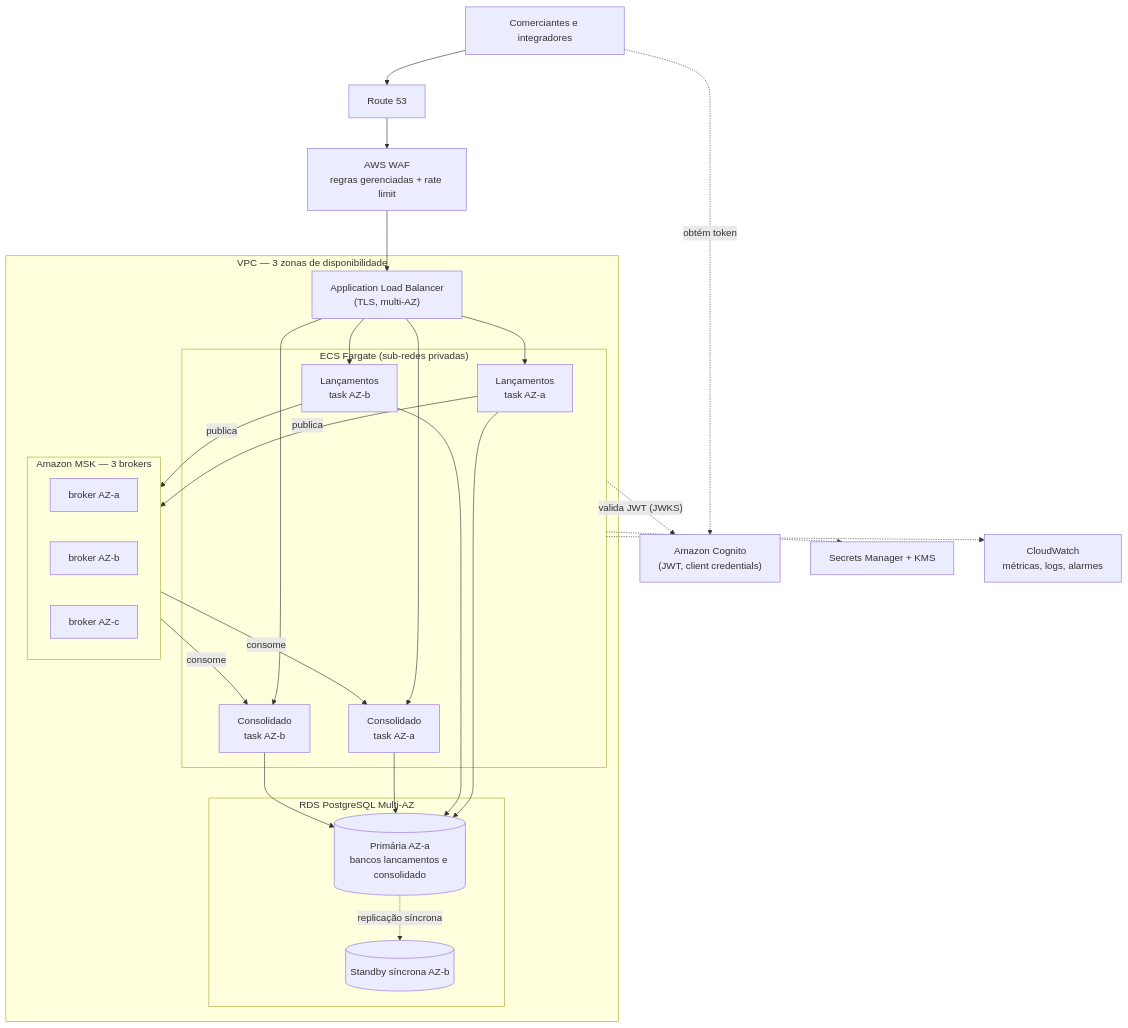
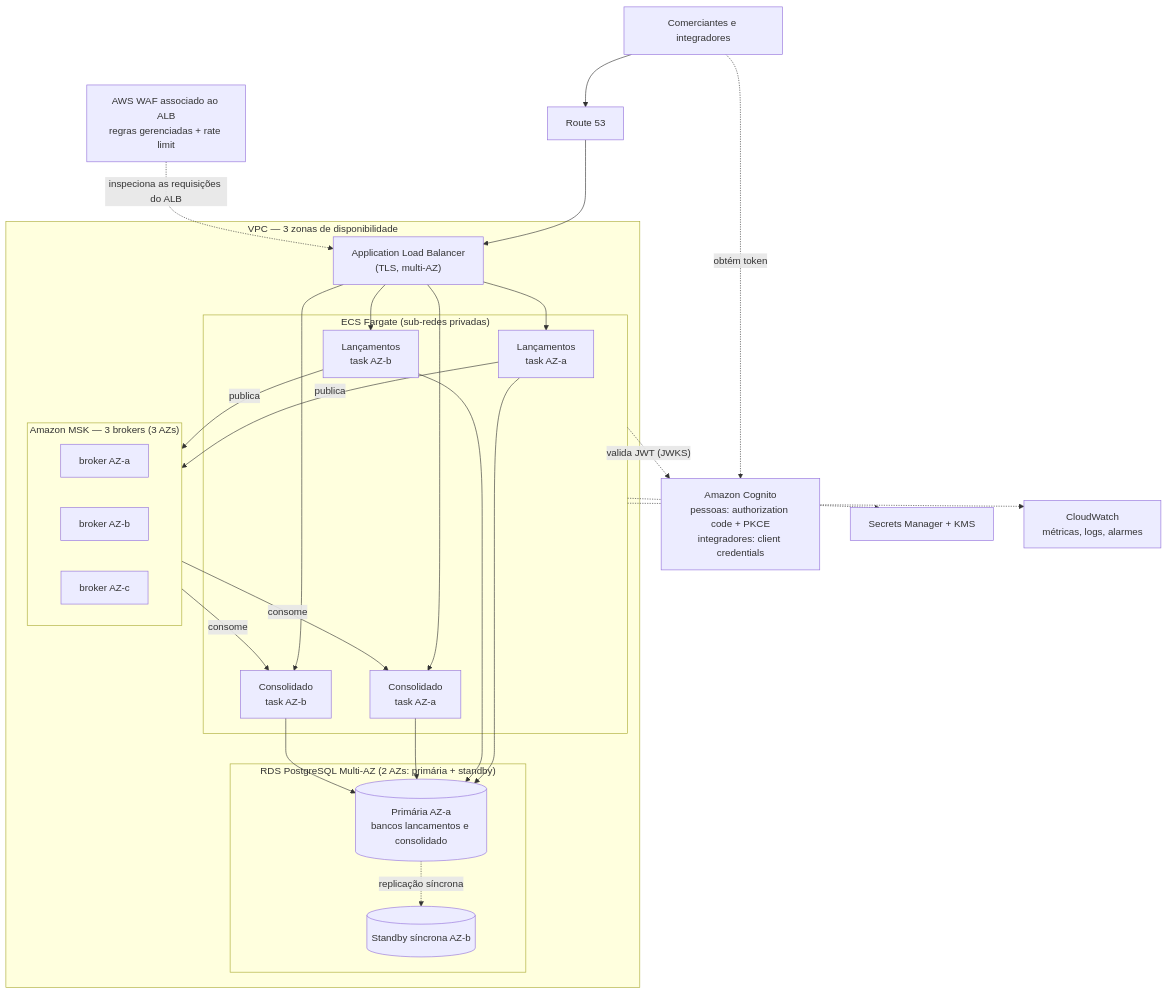
Before and after one commit to VictorLeaSilva/cashflow-platform: the fourth of 4 diagrams in docs/architecture/architecture.md, drawn with Mermaid. The commit also changed other lines of this file and 5 other files, not shown here.

````diff
--- a/docs/architecture/architecture.md
+++ b/docs/architecture/architecture.md
@@ -143,41 +173,42 @@
 ```mermaid
 flowchart TB
     users["Comerciantes e integradores"]
     r53["Route 53"]
-    waf["AWS WAF<br/>regras gerenciadas + rate limit"]
-    cognito["Amazon Cognito<br/>(JWT, client credentials)"]
+    waf["AWS WAF associado ao ALB<br/>regras gerenciadas + rate limit"]
+    cognito["Amazon Cognito<br/>pessoas: authorization code + PKCE<br/>integradores: client credentials"]
 
     subgraph VPC["VPC — 3 zonas de disponibilidade"]
       alb["Application Load Balancer<br/>(TLS, multi-AZ)"]
       subgraph ECS["ECS Fargate (sub-redes privadas)"]
         l1["Lançamentos<br/>task AZ-a"]
         l2["Lançamentos<br/>task AZ-b"]
         c1["Consolidado<br/>task AZ-a"]
         c2["Consolidado<br/>task AZ-b"]
       end
-      subgraph RDS["RDS PostgreSQL Multi-AZ"]
+      subgraph RDS["RDS PostgreSQL Multi-AZ (2 AZs: primária + standby)"]
         rp[("Primária AZ-a<br/>bancos lancamentos e consolidado")]
         rs[("Standby síncrona AZ-b")]
       end
-      subgraph MSK["Amazon MSK — 3 brokers"]
+      subgraph MSK["Amazon MSK — 3 brokers (3 AZs)"]
         b1["broker AZ-a"]
         b2["broker AZ-b"]
         b3["broker AZ-c"]
       end
     end
 
     sm["Secrets Manager + KMS"]
     cw["CloudWatch<br/>métricas, logs, alarmes"]
 
-    users --> r53 --> waf --> alb
+    users --> r53 --> alb
+    waf -.->|"inspeciona as requisições do ALB"| alb
     users -.->|"obtém token"| cognito
     alb --> l1 & l2 & c1 & c2
     l1 & l2 --> rp
     c1 & c2 --> rp
     rp -.->|"replicação síncrona"| rs
     l1 & l2 -->|"publica"| MSK
     MSK -->|"consome"| c1 & c2
     ECS -.-> sm
     ECS -.-> cw
     ECS -.->|"valida JWT (JWKS)"| cognito
 ```
````
